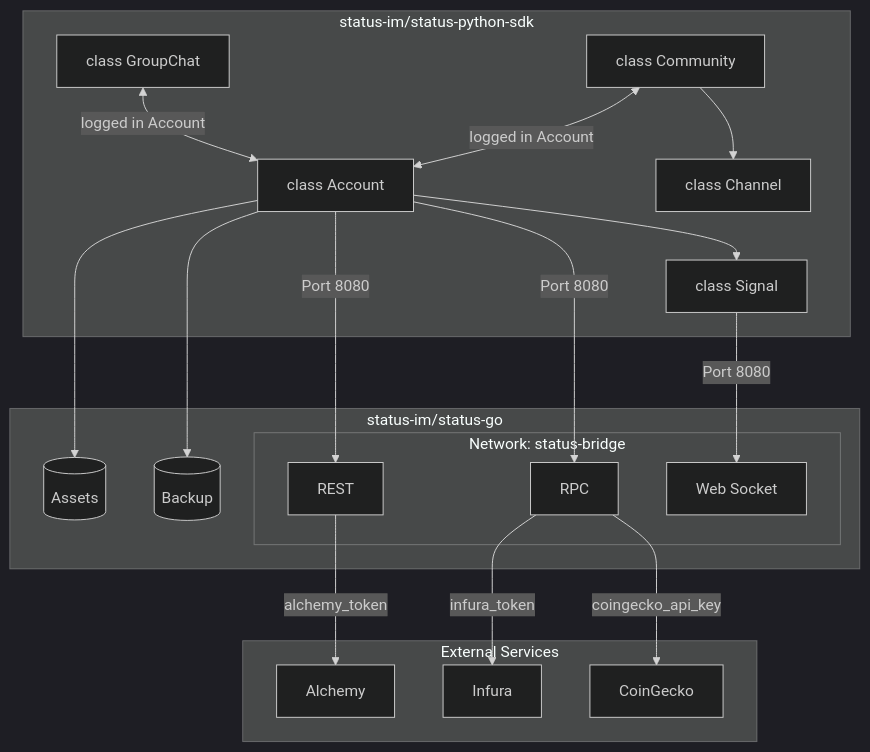
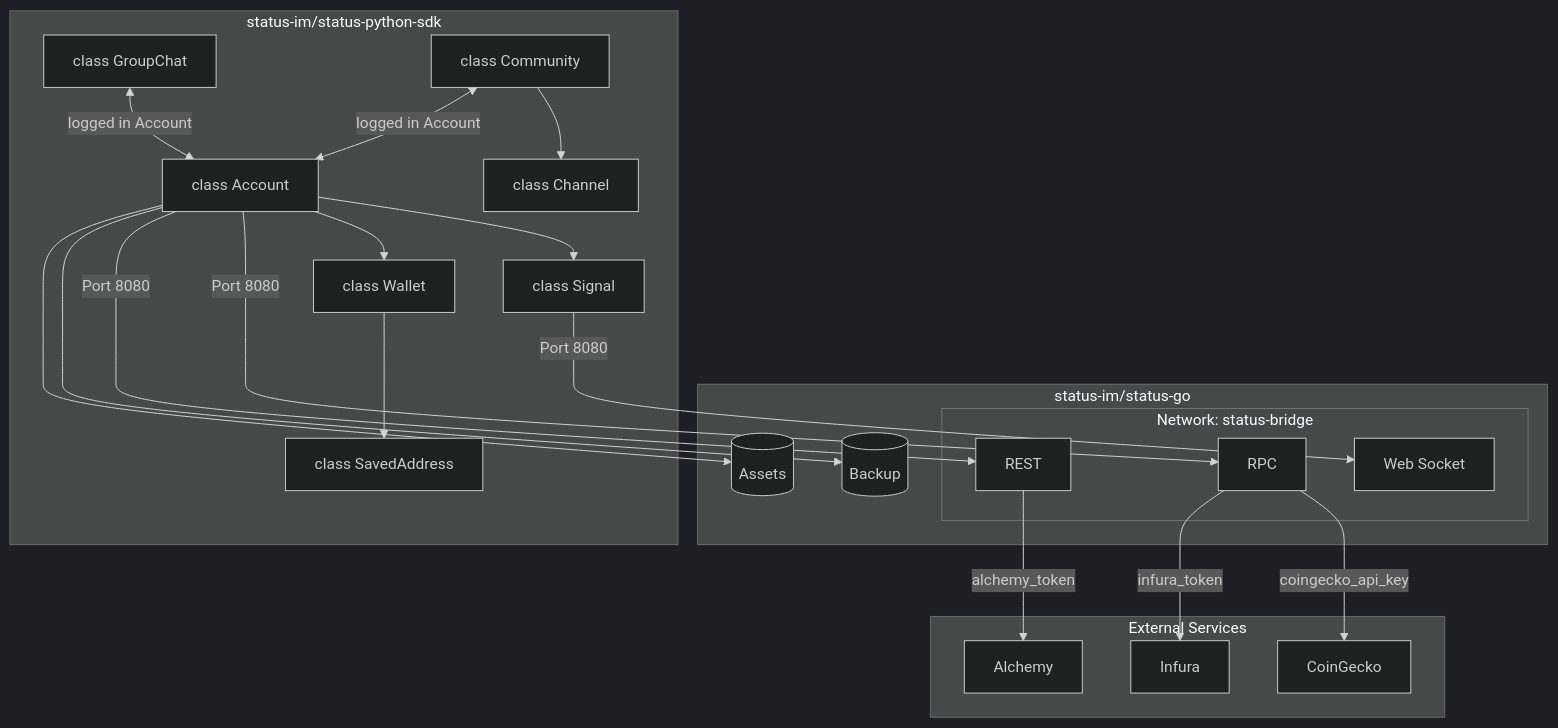
One commit to status-im/status-python-sdk changed the first of 2 diagrams in README.md. Above: the diagram before and after it, drawn with Mermaid (dark theme). The commit also changed 16 other files, not shown here.

Commit message:
refactor: Move `Account` wallet logic to `Wallet` class

````diff
--- a/README.md
+++ b/README.md
@@ -15,40 +15,44 @@
 ```mermaid
 graph TB
     subgraph backend[status-im/status-go]
         subgraph Endpoints[Network: status-bridge]
            RPC[RPC]
            HTTP[REST]
            SOCKET[Web Socket]
        end
        Vol1[(Backup)]
        Vol2[(Assets)]
    end
 
 
    subgraph bot[status-im/status-python-sdk]
         GROUP_CHAT[class GroupChat]
         COMMUNITY[class Community]
         CHANNEL[class Channel]
-        SDK[class Account]
+        ACCOUNT[class Account]
+        WALLET[class Wallet]
+        SAVED_ADDRESS[class SavedAddress]
         SIGNAL[class Signal]
     end
 
     subgraph external[External Services]
         COINGECKO[CoinGecko]
         ALCHEMY[Alchemy]
         INFURA[Infura]
     end
 
     COMMUNITY --> CHANNEL
-    COMMUNITY <--> |logged in Account| SDK
-    GROUP_CHAT <--> |logged in Account| SDK
-    SDK --> SIGNAL
-    SDK --> |Port 8080| RPC
-    SDK --> |Port 8080| HTTP
+    COMMUNITY <--> |logged in Account| ACCOUNT
+    GROUP_CHAT <--> |logged in Account| ACCOUNT
+    ACCOUNT --> SIGNAL
+    ACCOUNT --> WALLET
+    WALLET --> SAVED_ADDRESS
+    ACCOUNT --> |Port 8080| RPC
+    ACCOUNT --> |Port 8080| HTTP
     SIGNAL --> |Port 8080| SOCKET
-    SDK --> Vol1
-    SDK --> Vol2
+    ACCOUNT --> Vol1
+    ACCOUNT --> Vol2
     RPC --> |coingecko_api_key| COINGECKO
     RPC --> |infura_token| INFURA
     HTTP --> |alchemy_token| ALCHEMY
 ```
````
